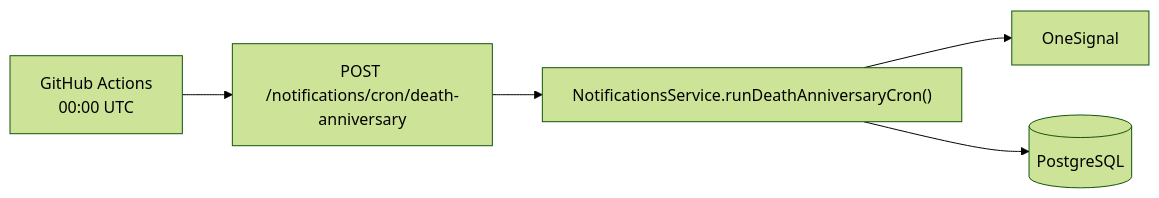
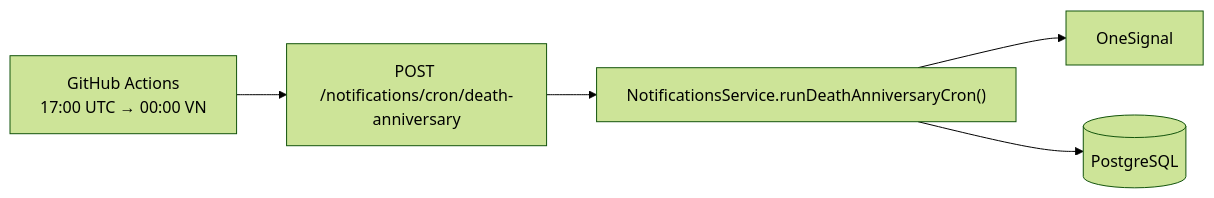
The diagram in docs/cron-github-actions.md (KPhamIT/gia-pha), drawn with Mermaid (forest theme) before and after one commit. The commit also changed other lines of this file and 20 other files, not shown here.

````diff
--- a/docs/cron-github-actions.md
+++ b/docs/cron-github-actions.md
@@ -10,7 +10,7 @@
 ```mermaid
 flowchart LR
-  GHA["GitHub Actions<br/>00:00 UTC"] --> API["POST /notifications/cron/death-anniversary"]
+  GHA["GitHub Actions<br/>17:00 UTC → 00:00 VN"] --> API["POST /notifications/cron/death-anniversary"]
   API --> Svc["NotificationsService.runDeathAnniversaryCron()"]
   Svc --> OS["OneSignal"]
   Svc --> DB[(PostgreSQL)]
 ```
````
